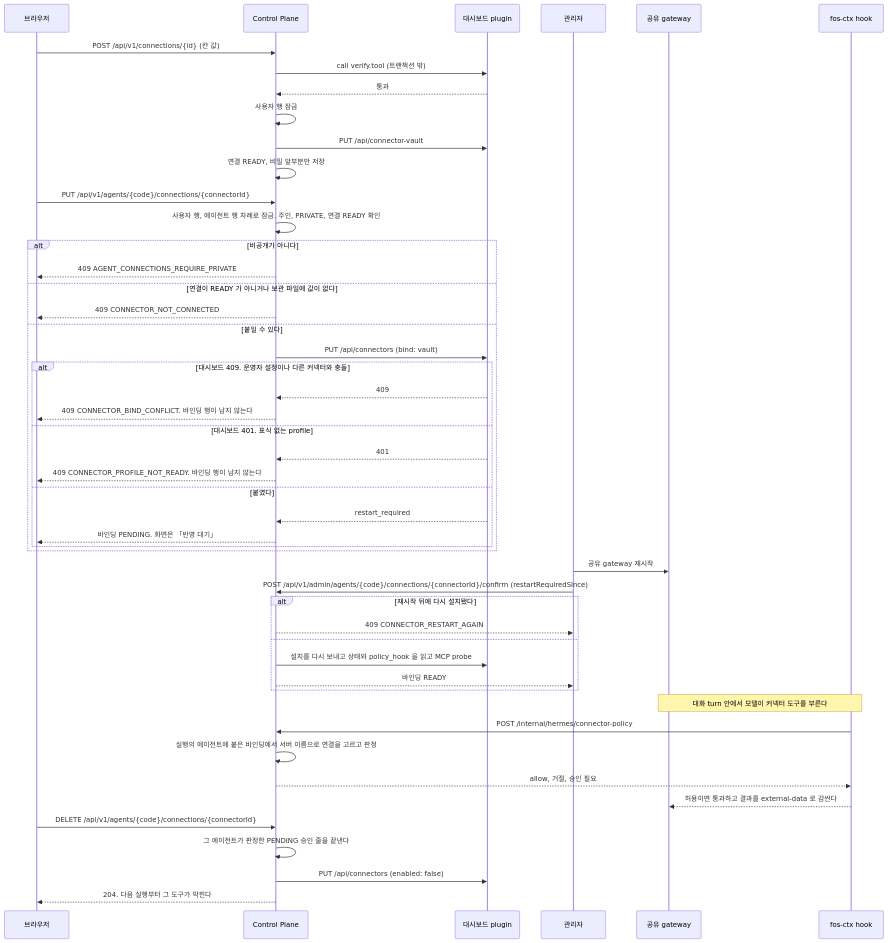
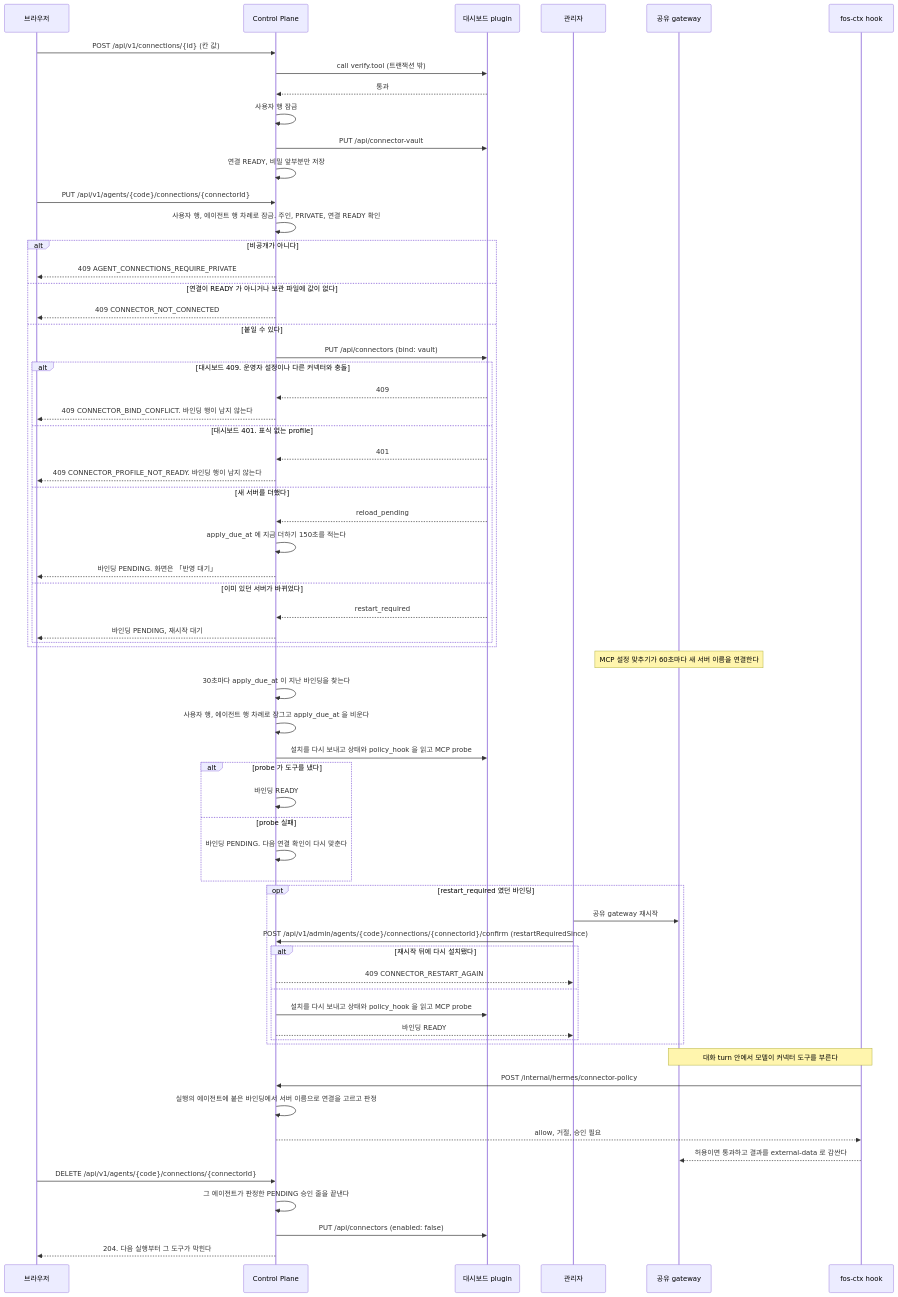
Before and after one commit to jon890/fos-assistant: the fourth of 7 diagrams in docs/flow.md, drawn with Mermaid. The commit also changed other lines of this file and 20 other files, not shown here.

First line of the commit message:
feat(backend): reload_pending 바인딩은 두 주기 뒤 Control Plane 이 스스로 반영을 확인한다

````diff
--- a/docs/flow.md
+++ b/docs/flow.md
@@ -175,56 +175,72 @@
 ```mermaid
 sequenceDiagram
     participant B as 브라우저
     participant C as Control Plane
     participant D as 대시보드 plugin
     participant A as 관리자
     participant G as 공유 gateway
     participant H as fos-ctx hook
 
     B->>C: POST /api/v1/connections/{id} (칸 값)
     C->>D: call verify.tool (트랜잭션 밖)
     D-->>C: 통과
     C->>C: 사용자 행 잠금
     C->>D: PUT /api/connector-vault
     C->>C: 연결 READY, 비밀 앞부분만 저장
 
     B->>C: PUT /api/v1/agents/{code}/connections/{connectorId}
     C->>C: 사용자 행, 에이전트 행 차례로 잠금. 주인, PRIVATE, 연결 READY 확인
     alt 비공개가 아니다
         C-->>B: 409 AGENT_CONNECTIONS_REQUIRE_PRIVATE
     else 연결이 READY 가 아니거나 보관 파일에 값이 없다
         C-->>B: 409 CONNECTOR_NOT_CONNECTED
     else 붙일 수 있다
         C->>D: PUT /api/connectors (bind: vault)
         alt 대시보드 409. 운영자 설정이나 다른 커넥터와 충돌
             D-->>C: 409
             C-->>B: 409 CONNECTOR_BIND_CONFLICT. 바인딩 행이 남지 않는다
         else 대시보드 401. 표식 없는 profile
             D-->>C: 401
             C-->>B: 409 CONNECTOR_PROFILE_NOT_READY. 바인딩 행이 남지 않는다
-        else 붙였다
+        else 새 서버를 더했다
+            D-->>C: reload_pending
+            C->>C: apply_due_at 에 지금 더하기 150초를 적는다
+            C-->>B: 바인딩 PENDING. 화면은 「반영 대기」
+        else 이미 있던 서버가 바뀌었다
             D-->>C: restart_required
-            C-->>B: 바인딩 PENDING. 화면은 「반영 대기」
+            C-->>B: 바인딩 PENDING, 재시작 대기
         end
     end
 
-    A->>G: 공유 gateway 재시작
-    A->>C: POST /api/v1/admin/agents/{code}/connections/{connectorId}/confirm (restartRequiredSince)
-    alt 재시작 뒤에 다시 설치됐다
-        C-->>A: 409 CONNECTOR_RESTART_AGAIN
-    else
-        C->>D: 설치를 다시 보내고 상태와 policy_hook 을 읽고 MCP probe
-        C-->>A: 바인딩 READY
+    Note over G: MCP 설정 맞추기가 60초마다 새 서버 이름을 연결한다
+    C->>C: 30초마다 apply_due_at 이 지난 바인딩을 찾는다
+    C->>C: 사용자 행, 에이전트 행 차례로 잠그고 apply_due_at 을 비운다
+    C->>D: 설치를 다시 보내고 상태와 policy_hook 을 읽고 MCP probe
+    alt probe 가 도구를 냈다
+        C->>C: 바인딩 READY
+    else probe 실패
+        C->>C: 바인딩 PENDING. 다음 연결 확인이 다시 맞춘다
+    end
+
+    opt restart_required 였던 바인딩
+        A->>G: 공유 gateway 재시작
+        A->>C: POST /api/v1/admin/agents/{code}/connections/{connectorId}/confirm (restartRequiredSince)
+        alt 재시작 뒤에 다시 설치됐다
+            C-->>A: 409 CONNECTOR_RESTART_AGAIN
+        else
+            C->>D: 설치를 다시 보내고 상태와 policy_hook 을 읽고 MCP probe
+            C-->>A: 바인딩 READY
+        end
     end
 
     Note over G,H: 대화 turn 안에서 모델이 커넥터 도구를 부른다
     H->>C: POST /internal/hermes/connector-policy
     C->>C: 실행의 에이전트에 붙은 바인딩에서 서버 이름으로 연결을 고르고 판정
     C-->>H: allow, 거절, 승인 필요
     H-->>G: 허용이면 통과하고 결과를 external-data 로 감싼다
 
     B->>C: DELETE /api/v1/agents/{code}/connections/{connectorId}
     C->>C: 그 에이전트가 판정한 PENDING 승인 줄을 끝낸다
     C->>D: PUT /api/connectors (enabled: false)
     C-->>B: 204. 다음 실행부터 그 도구가 막힌다
 ```
````
